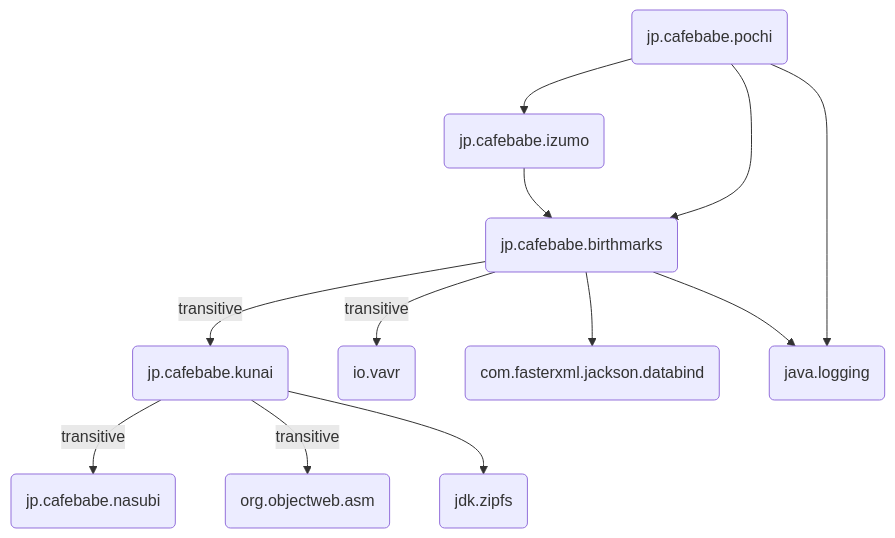
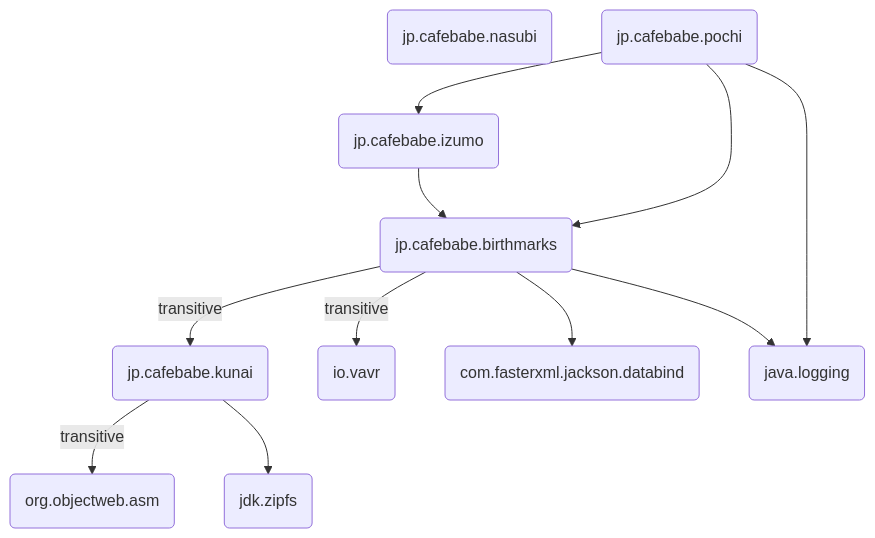
The diagram in site/content/install.md (tamada/pochi), drawn with Mermaid before and after one commit. The commit also changed 6 other files, not shown here.

Commit message:
remove module requires nasubi from kunai2

```diff
--- a/site/content/install.md
+++ b/site/content/install.md
@@ -52,25 +52,24 @@
 {{< mermaid >}}
 graph TB;
 nasubi(jp.cafebabe.nasubi)
 izumo(jp.cafebabe.izumo)
 kunai(jp.cafebabe.kunai)
 api(jp.cafebabe.birthmarks)
 pochi(jp.cafebabe.pochi)
 vavr(io.vavr)
 asm(org.objectweb.asm)
 logging(java.logging)
 jackson(com.fasterxml.jackson.databind)
 zipfs(jdk.zipfs)
 
-kunai -- transitive --> nasubi
 api -- transitive --> kunai
 kunai -- transitive --> asm
 kunai --> zipfs
 api -- transitive --> vavr
 izumo --> api
 api --> jackson
 pochi --> izumo
 pochi --> api
 api --> logging
 pochi --> logging
 {{< /mermaid >}}
```
